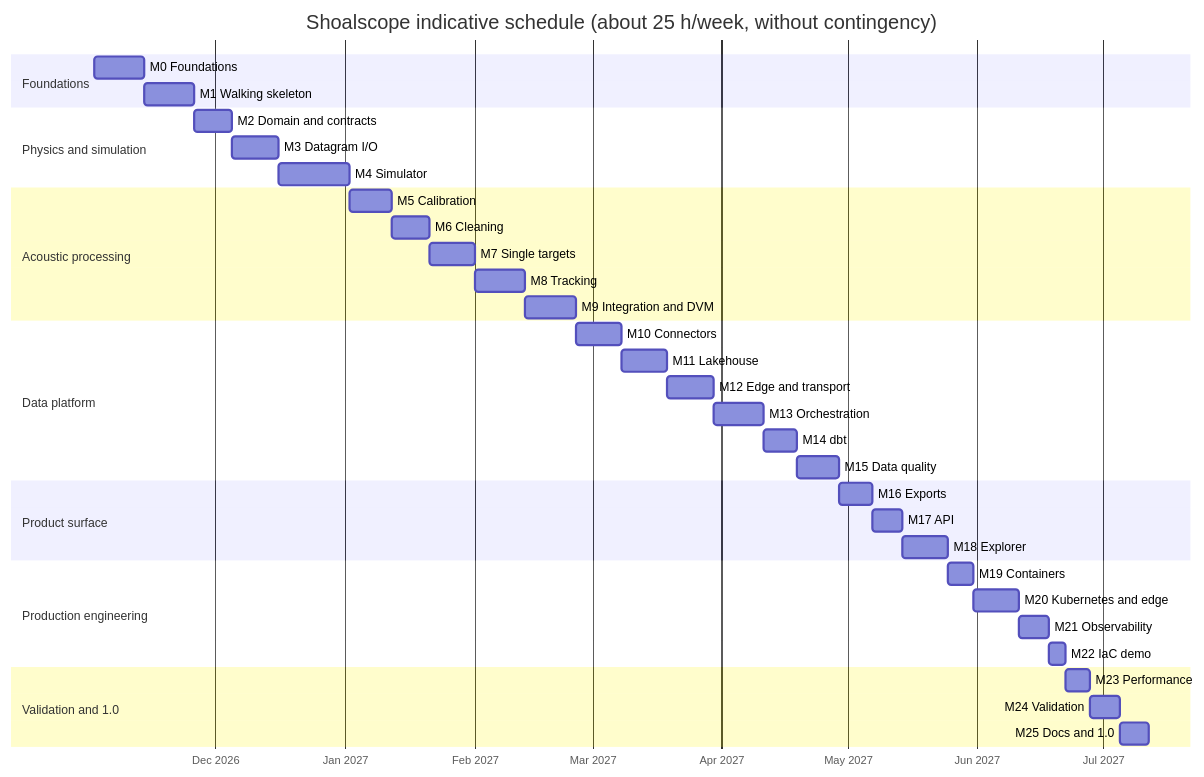
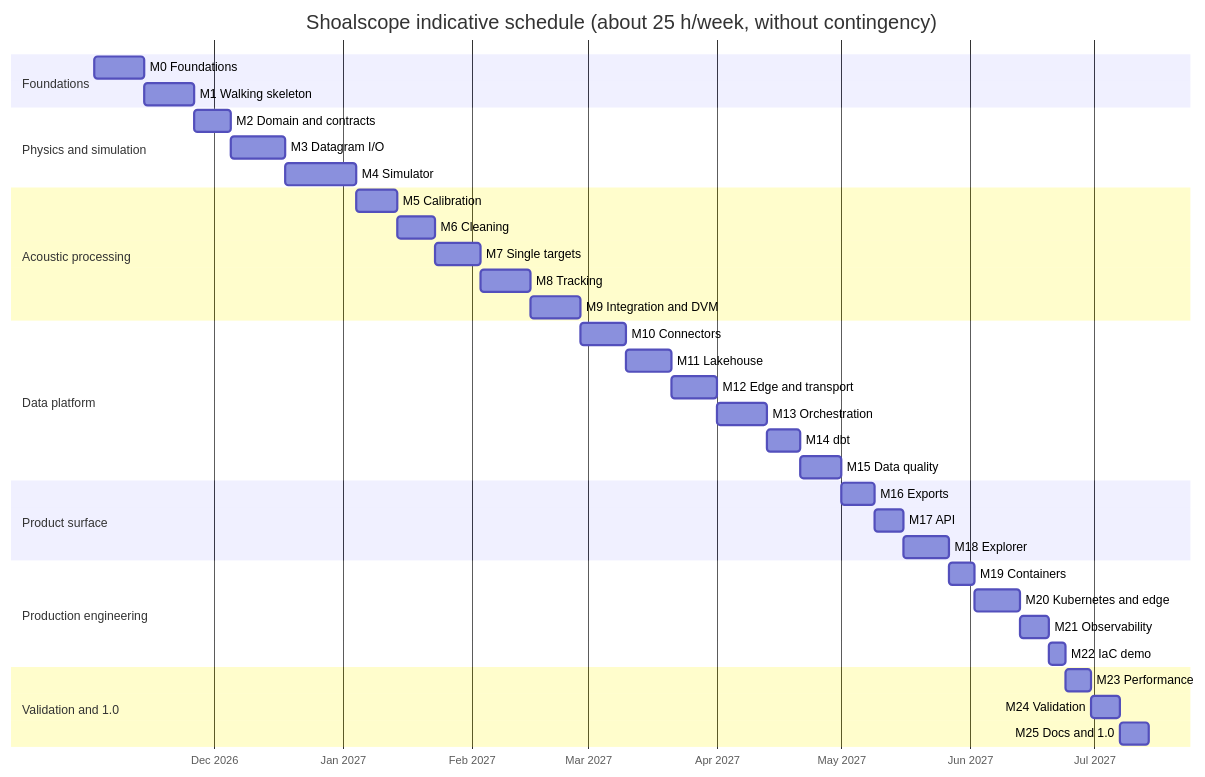
Before and after one commit to soheil-mp/shoalscope: the first of 2 diagrams in ROADMAP.md, drawn with Mermaid. The commit also changed other lines of this file and 4 other files, not shown here.

````diff
--- a/ROADMAP.md
+++ b/ROADMAP.md
@@ -59,39 +59,39 @@
 ```mermaid
 gantt
   title Shoalscope indicative schedule (about 25 h/week, without contingency)
   dateFormat YYYY-MM-DD
   axisFormat %b %Y
   section Foundations
   M0 Foundations              :m0, 2026-11-02, 12d
   M1 Walking skeleton         :m1, after m0, 12d
   section Physics and simulation
   M2 Domain and contracts     :m2, after m1, 9d
-  M3 Datagram I/O             :m3, after m2, 11d
+  M3 Datagram I/O             :m3, after m2, 13d
   M4 Simulator                :m4, after m3, 17d
   section Acoustic processing
   M5 Calibration              :m5, after m4, 10d
   M6 Cleaning                 :m6, after m5, 9d
   M7 Single targets           :m7, after m6, 11d
   M8 Tracking                 :m8, after m7, 12d
   M9 Integration and DVM      :m9, after m8, 12d
   section Data platform
   M10 Connectors              :m10, after m9, 11d
   M11 Lakehouse               :m11, after m10, 11d
   M12 Edge and transport      :m12, after m11, 11d
   M13 Orchestration           :m13, after m12, 12d
   M14 dbt                     :m14, after m13, 8d
   M15 Data quality            :m15, after m14, 10d
   section Product surface
   M16 Exports                 :m16, after m15, 8d
   M17 API                     :m17, after m16, 7d
   M18 Explorer                :m18, after m17, 11d
   section Production engineering
   M19 Containers              :m19, after m18, 6d
   M20 Kubernetes and edge     :m20, after m19, 11d
   M21 Observability           :m21, after m20, 7d
   M22 IaC demo                :m22, after m21, 4d
   section Validation and 1.0
   M23 Performance             :m23, after m22, 6d
   M24 Validation              :m24, after m23, 7d
   M25 Docs and 1.0            :m25, after m24, 7d
 ```
````
